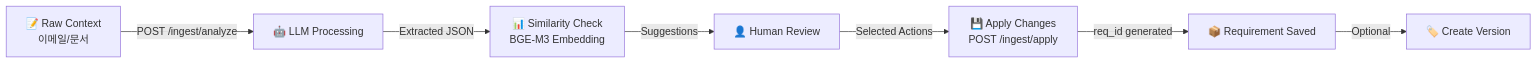
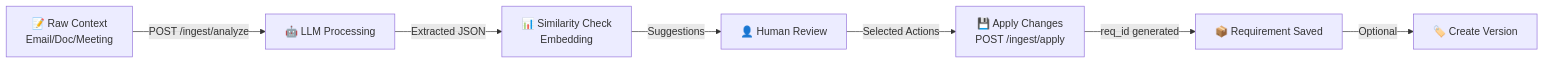
The sixth of 8 diagrams in README.md (Vegitime-bot/Requirement_management), drawn with Mermaid before and after one commit. The commit also changed other lines of this file and 2 other files, not shown here.

````diff
--- a/README.md
+++ b/README.md
@@ -172,9 +180,9 @@
 ```mermaid
 flowchart LR
-    A["📝 Raw Context<br/>이메일/문서"] -->|"POST /ingest/analyze"| B["🤖 LLM Processing"]
-    B -->|"Extracted JSON"| C["📊 Similarity Check<br/>BGE-M3 Embedding"]
+    A["📝 Raw Context<br/>Email/Doc/Meeting"] -->|"POST /ingest/analyze"| B["🤖 LLM Processing"]
+    B -->|"Extracted JSON"| C["📊 Similarity Check<br/>Embedding"]
     C -->|"Suggestions"| D["👤 Human Review"]
     D -->|"Selected Actions"| E["💾 Apply Changes<br/>POST /ingest/apply"]
     E -->|"req_id generated"| F["📦 Requirement Saved"]
     F -->|"Optional"| G["🏷️ Create Version"]
 ```
````
